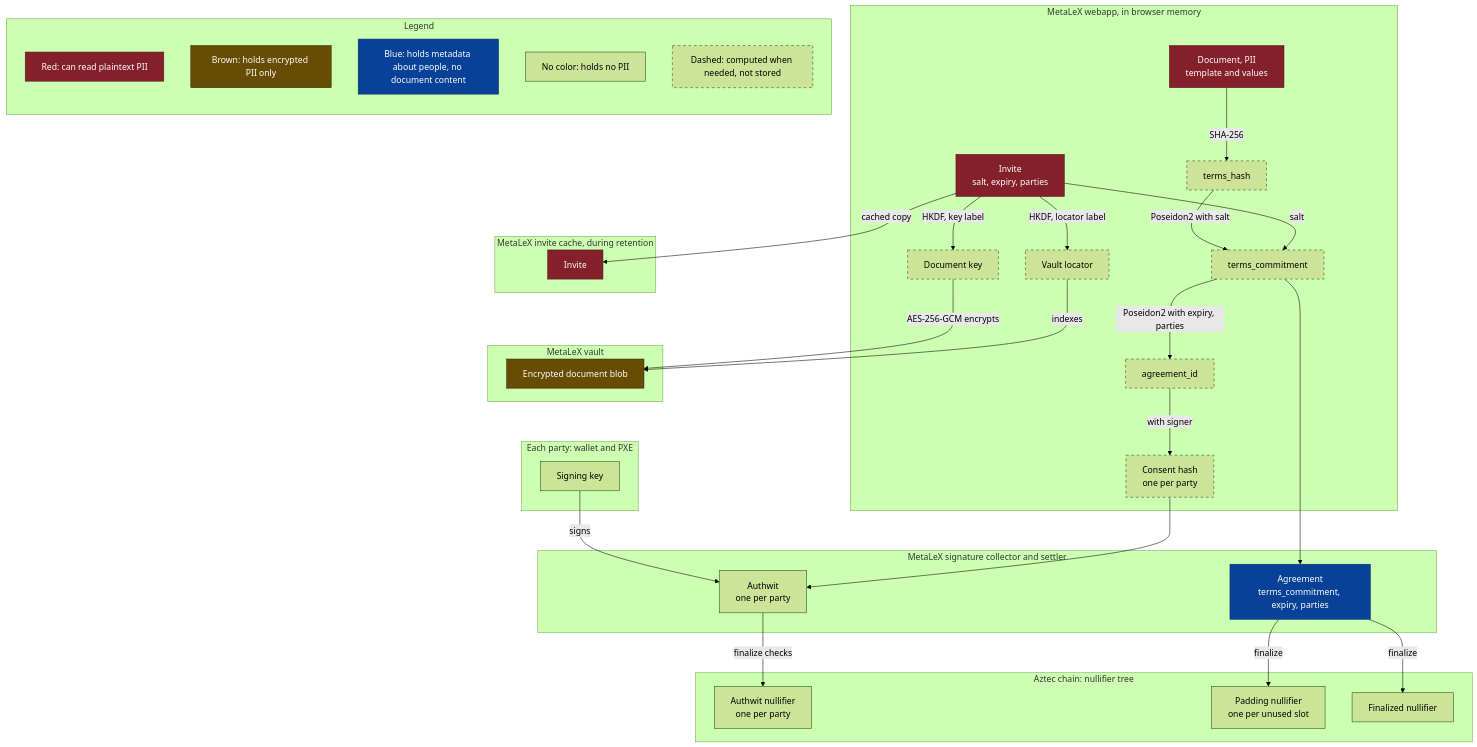
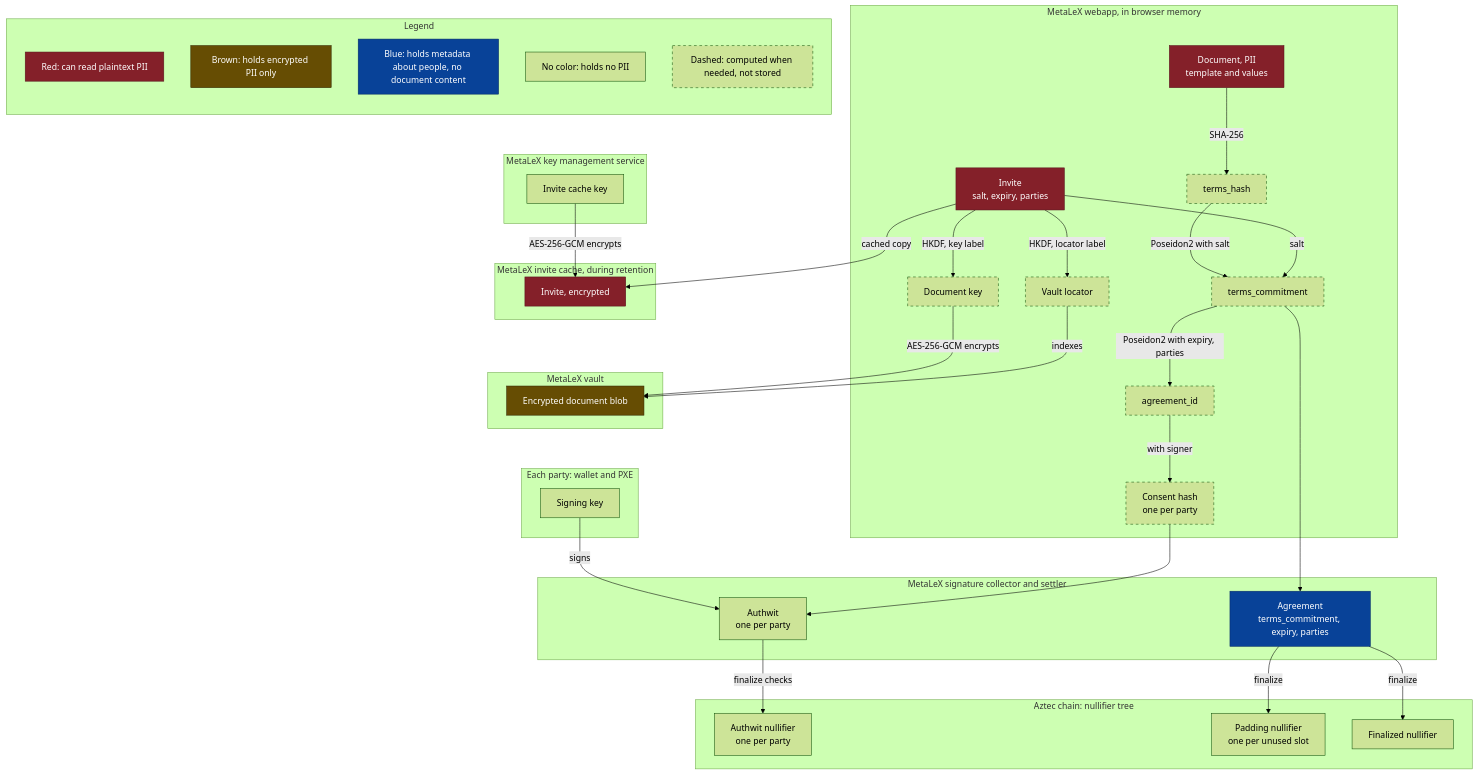
The second of 4 diagrams in aztec/ARCHITECTURE.md (MetaLex-Tech/cybercorps-contracts), drawn with Mermaid (forest theme) before and after one commit. The commit also changed other lines of this file and 1 other file, not shown here.

Commit message:
chore: compare current vs proposed webapp architectures

````diff
--- a/aztec/ARCHITECTURE.md
+++ b/aztec/ARCHITECTURE.md
@@ -202,66 +205,70 @@
 ```mermaid
 flowchart TB
     subgraph Wallet["Each party: wallet and PXE"]
         SIG["Signing key"]
     end
     subgraph Webapp["MetaLeX webapp, in browser memory"]
         INV["Invite<br/>salt, expiry, parties"]
         DOC["Document, PII<br/>template and values"]
         TH["terms_hash"]
         TC["terms_commitment"]
         AID["agreement_id"]
         CH["Consent hash<br/>one per party"]
         LOC["Vault locator"]
         KEY["Document key"]
     end
     subgraph Vault["MetaLeX vault"]
         BLOB["Encrypted document blob"]
     end
     subgraph Cache["MetaLeX invite cache, during retention"]
-        CINV["Invite"]
+        CINV["Invite, encrypted"]
+    end
+    subgraph KMSBox["MetaLeX key management service"]
+        CKEY["Invite cache key"]
     end
     subgraph Collector["MetaLeX signature collector and settler"]
         AGR["Agreement<br/>terms_commitment, expiry, parties"]
         AW["Authwit<br/>one per party"]
     end
     subgraph Chain["Aztec chain: nullifier tree"]
         AWN["Authwit nullifier<br/>one per party"]
         PAD["Padding nullifier<br/>one per unused slot"]
         FIN["Finalized nullifier"]
     end
 
     DOC -->|SHA-256| TH
     TH -->|Poseidon2 with salt| TC
     INV -->|salt| TC
     INV -->|cached copy| CINV
+    CKEY -->|AES-256-GCM encrypts| CINV
     INV -->|HKDF, locator label| LOC
     INV -->|HKDF, key label| KEY
     KEY -->|AES-256-GCM encrypts| BLOB
     LOC -->|indexes| BLOB
     TC -->|Poseidon2 with expiry, parties| AID
     TC --> AGR
     AID -->|with signer| CH
     SIG -->|signs| AW
     CH --> AW
     AW -->|finalize checks| AWN
     AGR -->|finalize| FIN
     AGR -->|finalize| PAD
 
     subgraph Legend
         direction TB
         LPlain[Red: can read plaintext PII]
         LCipher[Brown: holds encrypted PII only]
         LMeta[Blue: holds metadata about people, no document content]
         LNone[No color: holds no PII]
         LDerived[Dashed: computed when needed, not stored]
     end
 
     classDef derived stroke-dasharray: 5 5
     classDef piiPlain fill:#842029,stroke:#58151c,color:#fff
     classDef piiCipher fill:#664d03,stroke:#332701,color:#fff
     classDef piiMeta fill:#084298,stroke:#052c65,color:#fff
     class TH,TC,AID,CH,LOC,KEY,LDerived derived
     class DOC,INV,CINV,LPlain piiPlain
     class BLOB,LCipher piiCipher
     class AGR,LMeta piiMeta
 ```
````
